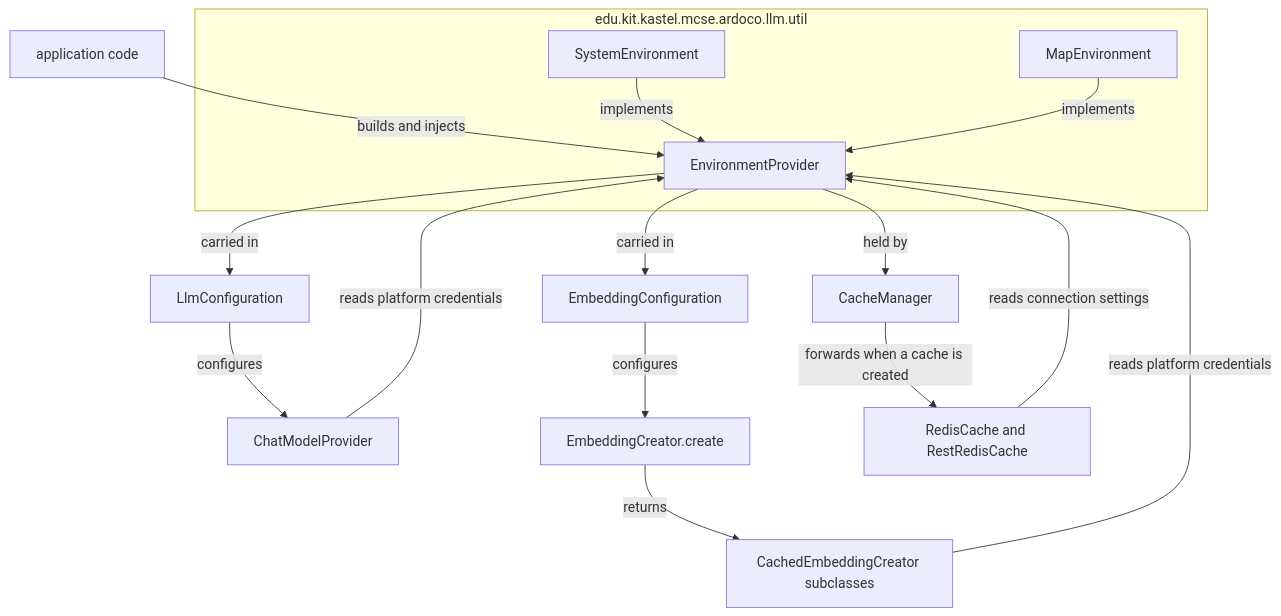
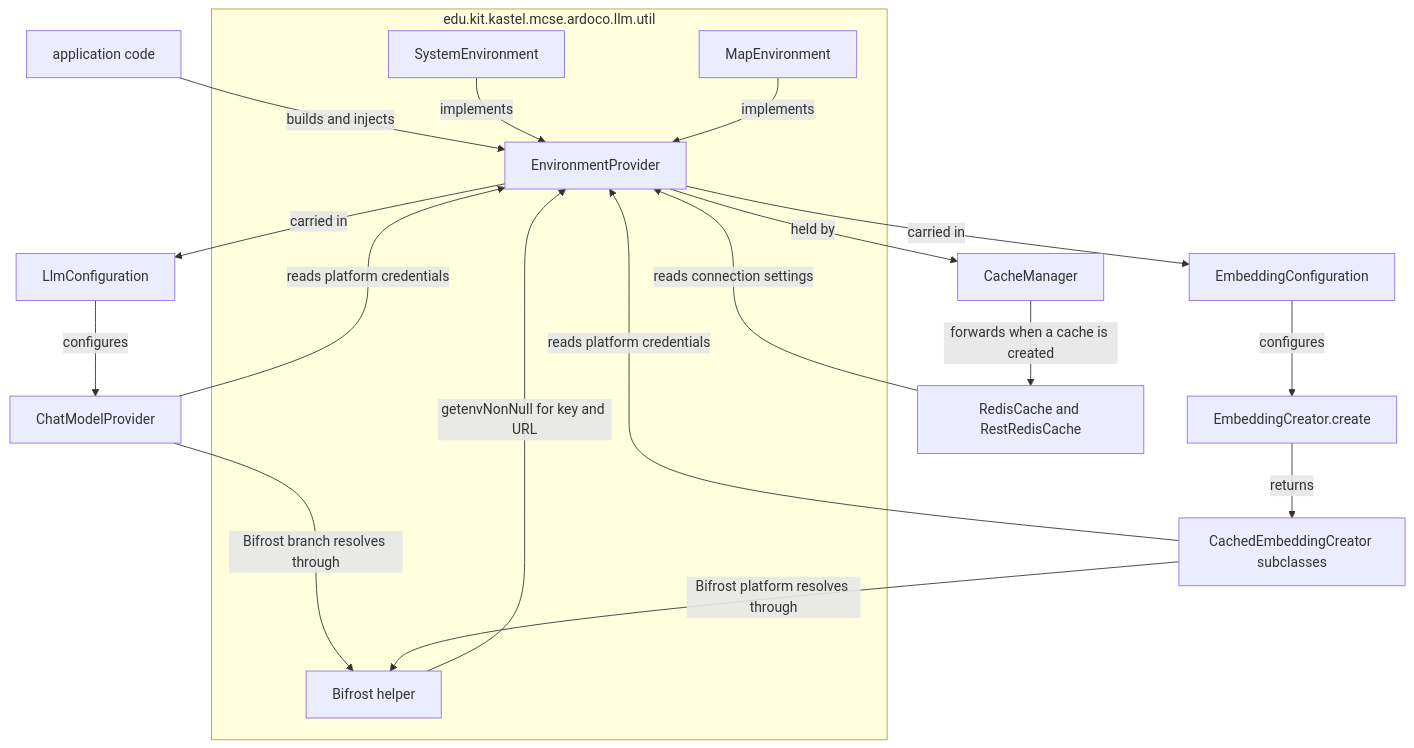
One commit to ardoco/llm-access changed the second of 2 diagrams in openwiki/concepts/environment-provider.md. Above: the diagram before and after it, drawn with Mermaid. The commit also changed other lines of this file and 34 other files, not shown here.

````diff
--- a/openwiki/concepts/environment-provider.md
+++ b/openwiki/concepts/environment-provider.md
@@ -176,32 +182,36 @@
 ```mermaid
 flowchart TD
     APP["application code"]
 
     subgraph SEAM["edu.kit.kastel.mcse.ardoco.llm.util"]
         IFACE["EnvironmentProvider"]
         SYS["SystemEnvironment"]
         MAP["MapEnvironment"]
+        BF["Bifrost helper"]
     end
 
     LLM["LlmConfiguration"]
     EMB["EmbeddingConfiguration"]
     PROV["ChatModelProvider"]
     FACTORY["EmbeddingCreator.create"]
     CEC["CachedEmbeddingCreator subclasses"]
     MGR["CacheManager"]
     BACKENDS["RedisCache and RestRedisCache"]
 
     APP -- "builds and injects" --> IFACE
     SYS -- "implements" --> IFACE
     MAP -- "implements" --> IFACE
     IFACE -- "carried in" --> LLM
     IFACE -- "carried in" --> EMB
     IFACE -- "held by" --> MGR
     LLM -- "configures" --> PROV
     EMB -- "configures" --> FACTORY
     FACTORY -- "returns" --> CEC
     MGR -- "forwards when a cache is created" --> BACKENDS
     PROV -- "reads platform credentials" --> IFACE
     CEC -- "reads platform credentials" --> IFACE
+    PROV -- "Bifrost branch resolves through" --> BF
+    CEC -- "Bifrost platform resolves through" --> BF
+    BF -- "getenvNonNull for key and URL" --> IFACE
     BACKENDS -- "reads connection settings" --> IFACE
 ```
````
